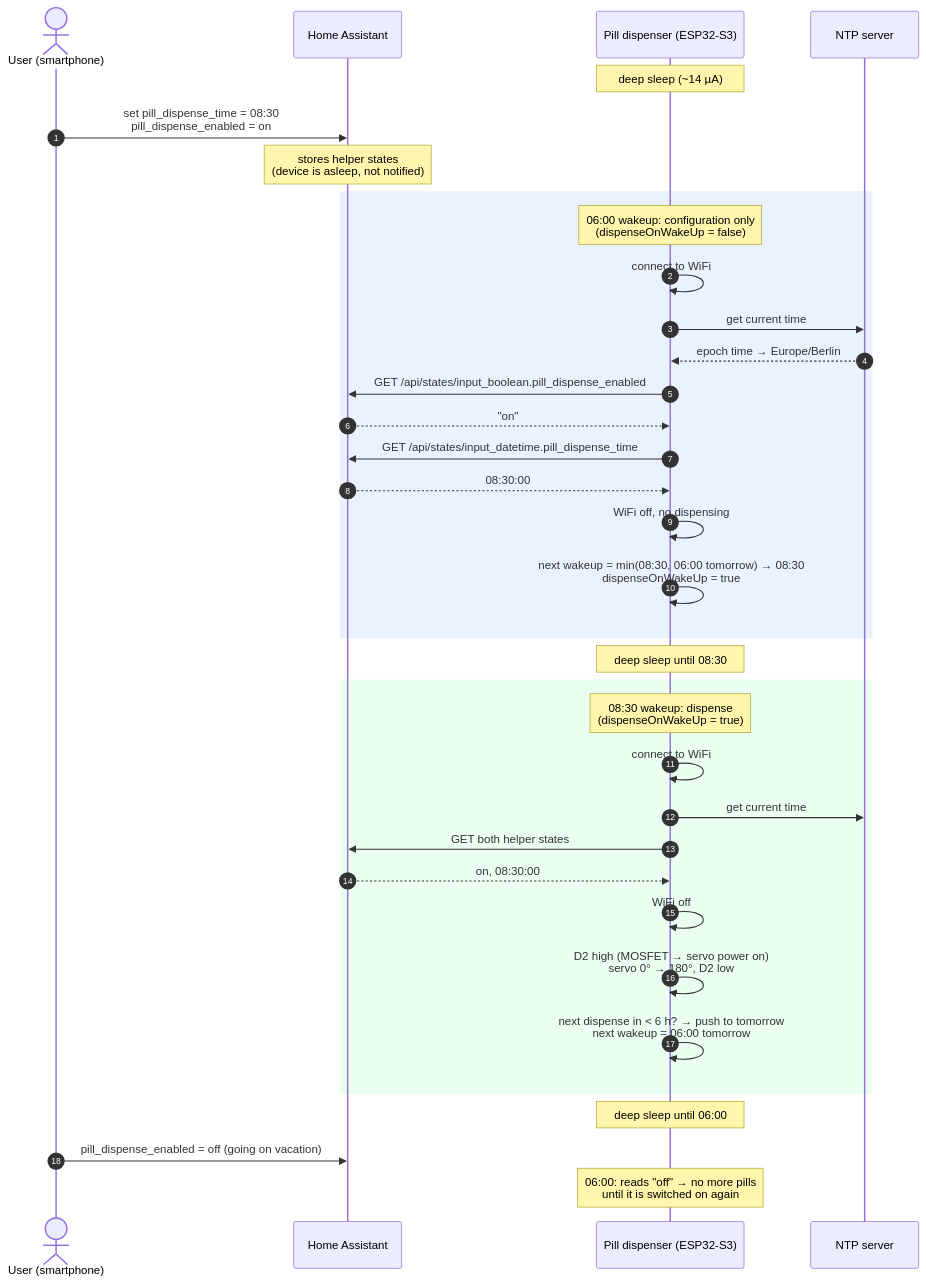
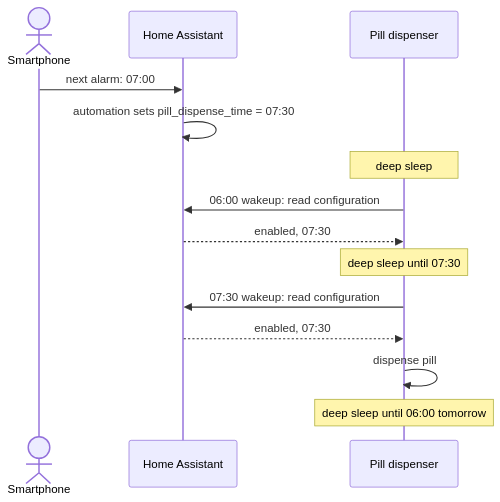
The first of 2 diagrams in docs/software.md (daniel17903/PillDispenser), drawn with Mermaid before and after one commit. The commit also changed other lines of this file and 3 other files, not shown here.

First line of the commit message:
Simplify typical-day sequence, add next-alarm automation

````diff
--- a/docs/software.md
+++ b/docs/software.md
@@ -9,44 +9,19 @@
 ```mermaid
 sequenceDiagram
-    autonumber
-    actor User as User (smartphone)
+    actor Phone as Smartphone
     participant HA as Home Assistant
-    participant ESP as Pill dispenser (ESP32-S3)
-    participant NTP as NTP server
+    participant ESP as Pill dispenser
 
-    Note over ESP: deep sleep (~14 µA)
+    Phone->>HA: next alarm: 07:00
+    HA->>HA: automation sets pill_dispense_time = 07:30
 
-    User->>HA: set pill_dispense_time = 08:30<br/>pill_dispense_enabled = on
-    Note over HA: stores helper states<br/>(device is asleep, not notified)
+    Note over ESP: deep sleep
+    ESP->>HA: 06:00 wakeup: read configuration
+    HA-->>ESP: enabled, 07:30
+    Note over ESP: deep sleep until 07:30
 
-    rect rgb(235, 242, 255)
-    Note over ESP: 06:00 wakeup: configuration only<br/>(dispenseOnWakeUp = false)
-    ESP->>ESP: connect to WiFi
-    ESP->>NTP: get current time
-    NTP-->>ESP: epoch time → Europe/Berlin
-    ESP->>HA: GET /api/states/input_boolean.pill_dispense_enabled
-    HA-->>ESP: "on"
-    ESP->>HA: GET /api/states/input_datetime.pill_dispense_time
-    HA-->>ESP: 08:30:00
-    ESP->>ESP: WiFi off, no dispensing
-    ESP->>ESP: next wakeup = min(08:30, 06:00 tomorrow) → 08:30<br/>dispenseOnWakeUp = true
-    end
-
-    Note over ESP: deep sleep until 08:30
-
-    rect rgb(235, 255, 240)
-    Note over ESP: 08:30 wakeup: dispense<br/>(dispenseOnWakeUp = true)
-    ESP->>ESP: connect to WiFi
-    ESP->>NTP: get current time
-    ESP->>HA: GET both helper states
-    HA-->>ESP: on, 08:30:00
-    ESP->>ESP: WiFi off
-    ESP->>ESP: D2 high (MOSFET → servo power on)<br/>servo 0° → 180°, D2 low
-    ESP->>ESP: next dispense in < 6 h? → push to tomorrow<br/>next wakeup = 06:00 tomorrow
-    end
-
-    Note over ESP: deep sleep until 06:00
-
-    User->>HA: pill_dispense_enabled = off (going on vacation)
-    Note over ESP: 06:00: reads "off" → no more pills<br/>until it is switched on again
+    ESP->>HA: 07:30 wakeup: read configuration
+    HA-->>ESP: enabled, 07:30
+    ESP->>ESP: dispense pill
+    Note over ESP: deep sleep until 06:00 tomorrow
 ```
````
